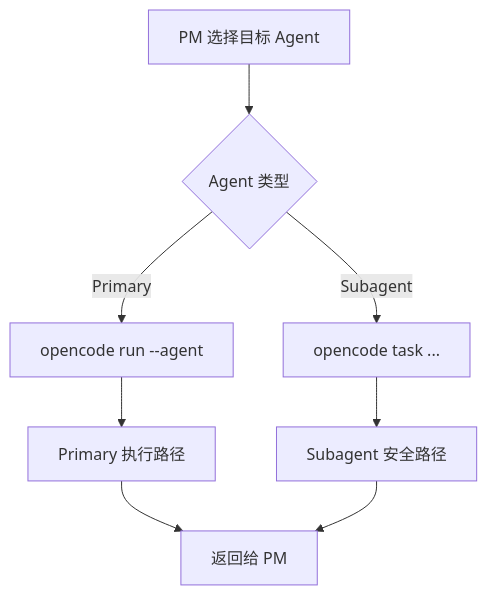
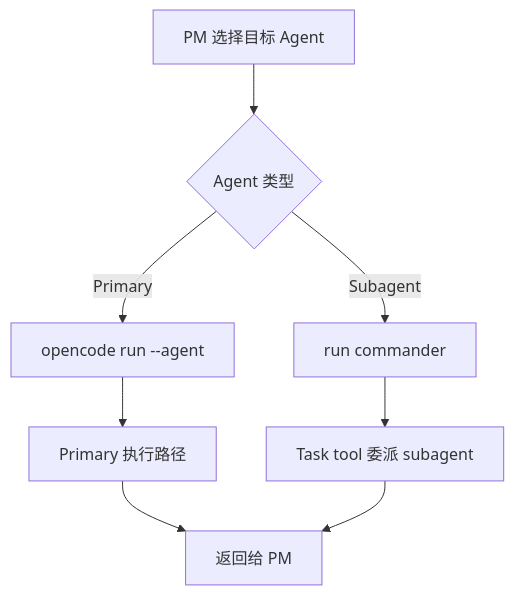
Before and after one commit to walke2019/opencode-pm-workflow: the third of 4 diagrams in docs/01-技术架构.md, drawn with Mermaid. The commit also changed other lines of this file and 48 other files, not shown here.

````diff
--- a/docs/01-技术架构.md
+++ b/docs/01-技术架构.md
@@ -130,10 +132,10 @@
 ```mermaid
 flowchart TD
     A[PM 选择目标 Agent] --> B{Agent 类型}
     B -->|Primary| C[opencode run --agent]
-    B -->|Subagent| D[opencode task ...]
+    B -->|Subagent| D[run commander]
     C --> E[Primary 执行路径]
-    D --> F[Subagent 安全路径]
+    D --> F[Task tool 委派 subagent]
     E --> G[返回给 PM]
     F --> G
 ```
````
